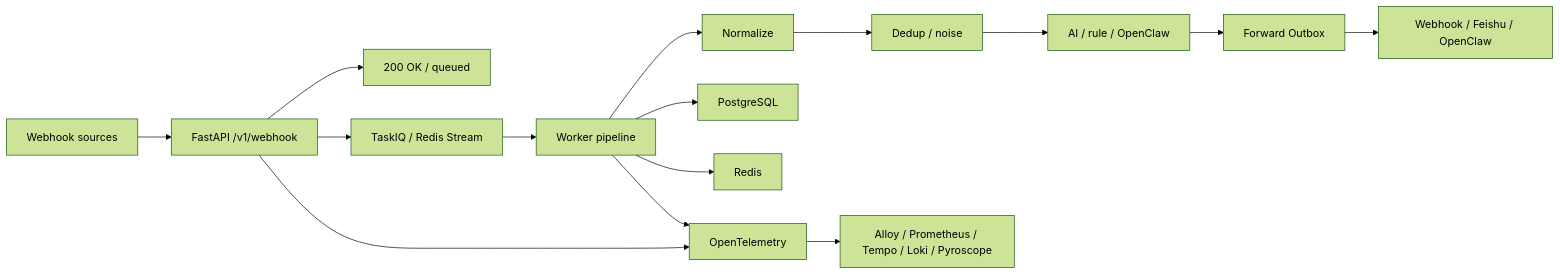
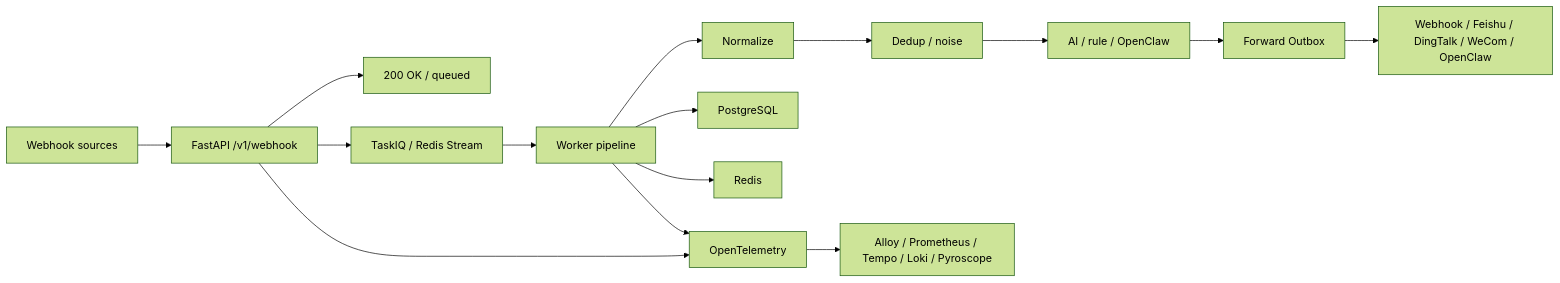
The diagram in README.md (itswl/WebhookWise), drawn with Mermaid (forest theme) before and after one commit. The commit also changed other lines of this file and 9 other files, not shown here.

````diff
--- a/README.md
+++ b/README.md
@@ -41,17 +44,17 @@
 ```mermaid
 flowchart LR
     source["Webhook sources"] --> api["FastAPI /v1/webhook"]
     api --> accepted["200 OK / queued"]
     api --> queue["TaskIQ / Redis Stream"]
     queue --> worker["Worker pipeline"]
     worker --> normalize["Normalize"]
     normalize --> dedup["Dedup / noise"]
     dedup --> analyze["AI / rule / OpenClaw"]
     analyze --> outbox["Forward Outbox"]
-    outbox --> targets["Webhook / Feishu / OpenClaw"]
+    outbox --> targets["Webhook / Feishu / DingTalk / WeCom / OpenClaw"]
     worker --> db["PostgreSQL"]
     worker --> redis["Redis"]
     api --> otel["OpenTelemetry"]
     worker --> otel
     otel --> obs["Alloy / Prometheus / Tempo / Loki / Pyroscope"]
 ```
````
